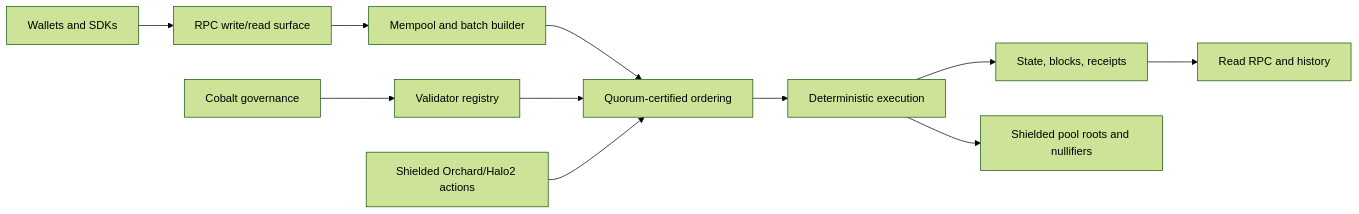
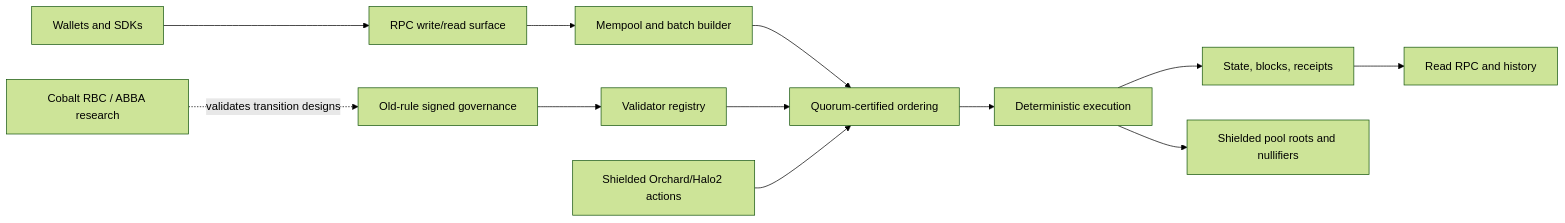
One commit to postfiatorg/postfiatl1v2 changed the diagram in README.md. Above: the diagram before and after it, drawn with Mermaid (forest theme). The commit also changed other lines of this file and 22 other files, not shown here.

````diff
--- a/README.md
+++ b/README.md
@@ -13,15 +13,17 @@
 ```mermaid
 flowchart LR
   Wallet[Wallets and SDKs] --> RPC[RPC write/read surface]
   RPC --> Mempool[Mempool and batch builder]
   Mempool --> Ordering[Quorum-certified ordering]
   Ordering --> Execution[Deterministic execution]
   Execution --> Storage[State, blocks, receipts]
   Storage --> Reads[Read RPC and history]
 
-  Governance[Cobalt governance] --> Registry[Validator registry]
+  Governance[Old-rule signed governance] --> Registry[Validator registry]
   Registry --> Ordering
+
+  Cobalt[Cobalt RBC / ABBA research] -. validates transition designs .-> Governance
 
   Shielded[Shielded Orchard/Halo2 actions] --> Ordering
   Execution --> Pool[Shielded pool roots and nullifiers]
 ```
````
